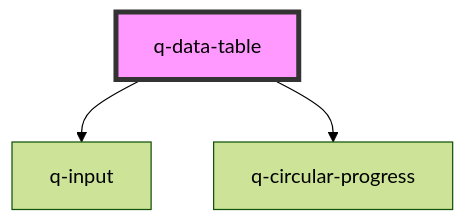
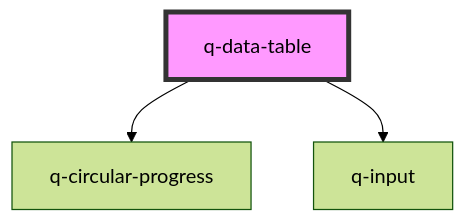
The diagram in src/components/data-display/data-table/readme.md (XsAndre-L/WebQuark), drawn with Mermaid (forest theme) before and after one commit. The commit also changed other lines of this file and 38 other files, not shown here.

````diff
--- a/src/components/data-display/data-table/readme.md
+++ b/src/components/data-display/data-table/readme.md
@@ -69,6 +69,6 @@
 ```mermaid
 graph TD;
+  q-data-table --> q-circular-progress
   q-data-table --> q-input
-  q-data-table --> q-circular-progress
   style q-data-table fill:#f9f,stroke:#333,stroke-width:4px
 ```
````
